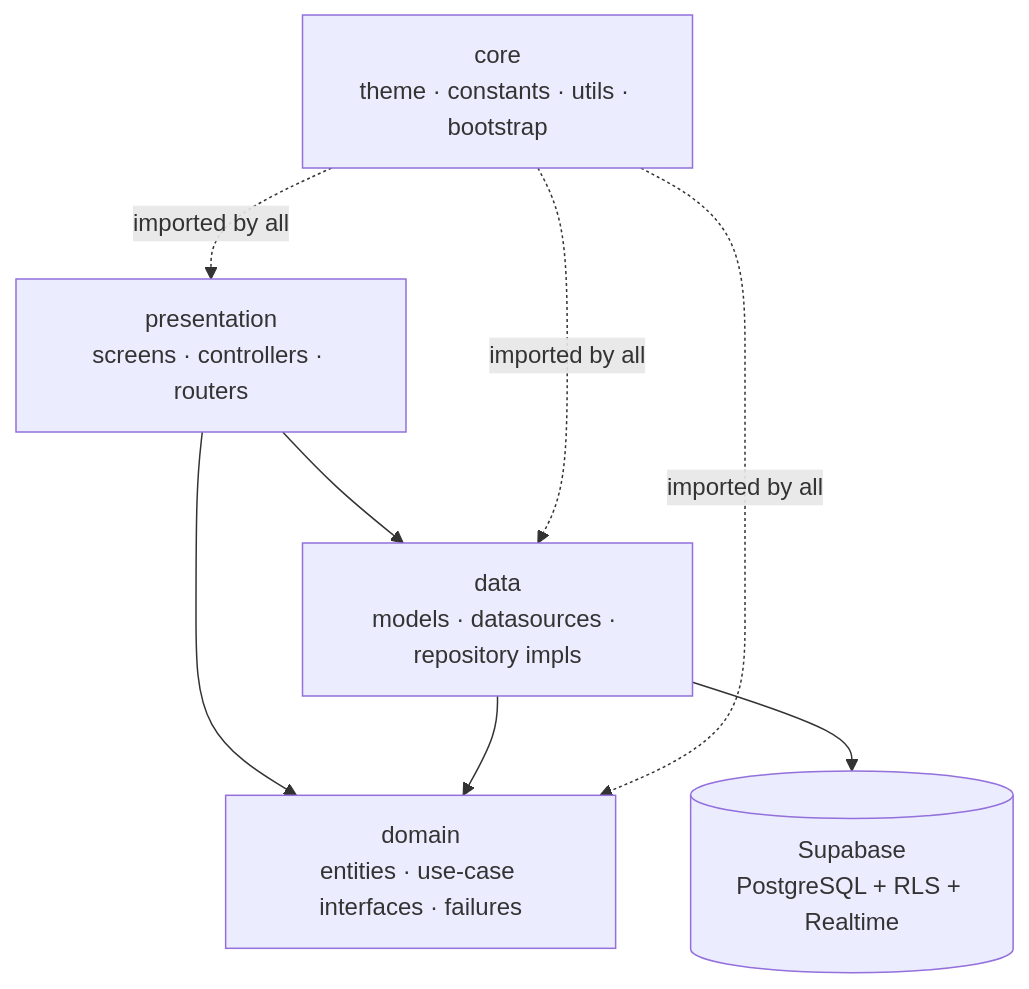
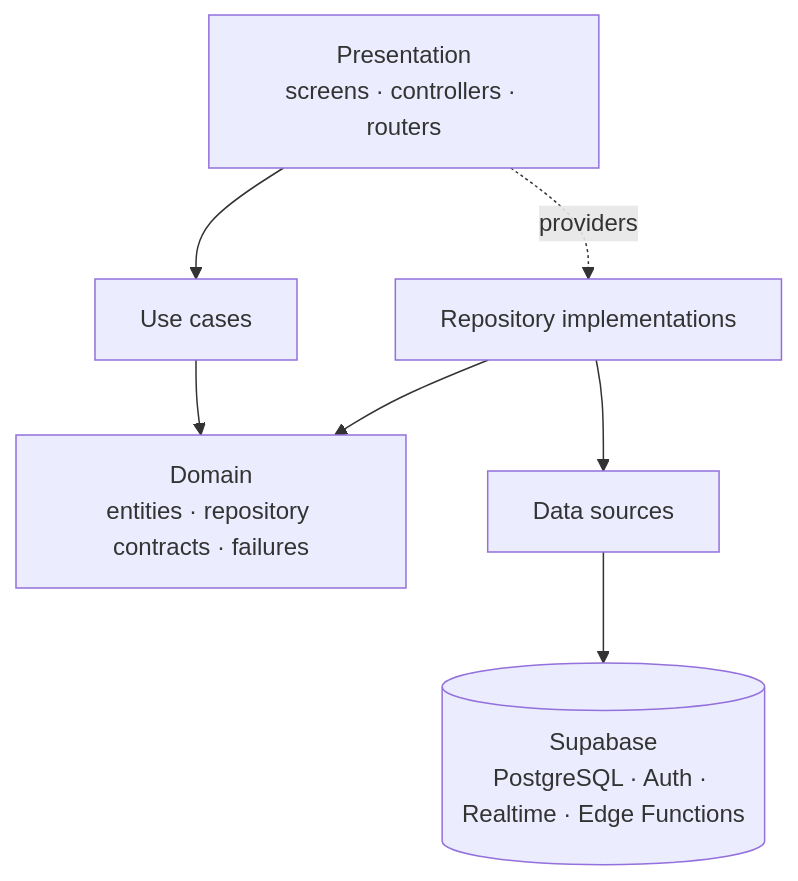
Before and after one commit to JawadAzaam22/gym-pro: the diagram in README.md, drawn with Mermaid. The commit also changed other lines of this file and 151 other files, not shown here.

````diff
--- a/README.md
+++ b/README.md
@@ -90,8 +82,9 @@
 ```mermaid
-graph TD
-    P[presentation<br/>screens · controllers · routers] --> D[domain<br/>entities · use-case interfaces · failures]
-    DA[data<br/>models · datasources · repository impls] --> D
-    P --> DA
-    DA --> S[(Supabase<br/>PostgreSQL + RLS + Realtime)]
-    C[core<br/>theme · constants · utils · bootstrap] -. imported by all .-> P & DA & D
+flowchart TD
+  P[Presentation<br/>screens · controllers · routers] --> U[Use cases]
+  U --> D[Domain<br/>entities · repository contracts · failures]
+  R[Repository implementations] --> D
+  R --> S[Data sources]
+  S --> B[(Supabase<br/>PostgreSQL · Auth · Realtime · Edge Functions)]
+  P -. providers .-> R
 ```
````
